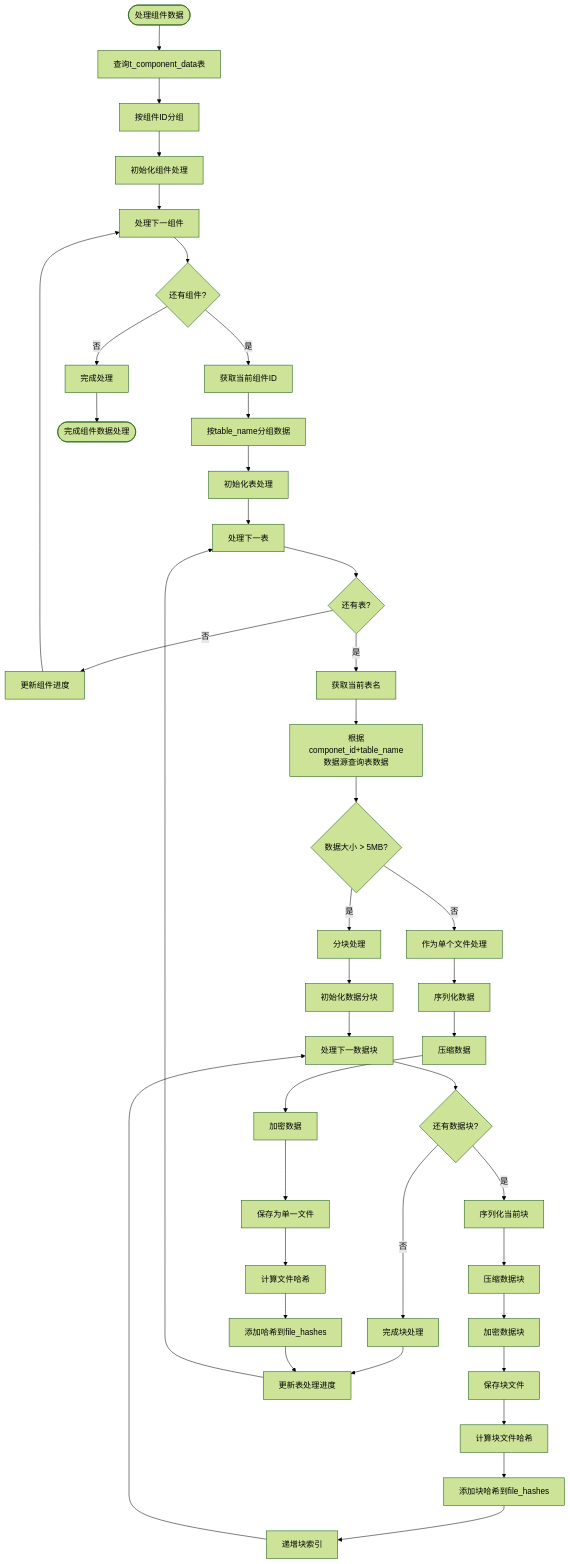
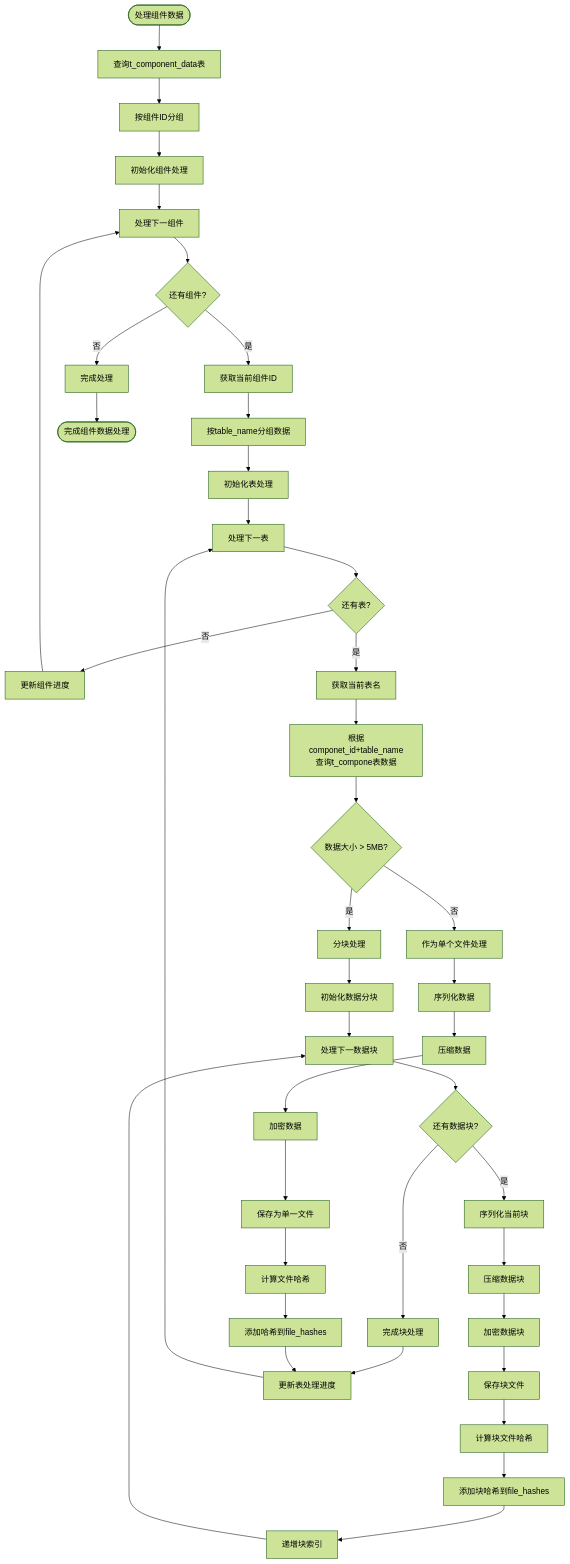
Before and after one commit to yingjianzh/iodraw-files: the diagram in all/未命名-53.md, drawn with Mermaid (forest theme).

Commit message:
2025-05-09 15:43:32 update

````diff
--- a/all/未命名-53.md
+++ b/all/未命名-53.md
@@ -1,59 +1,59 @@
 ```mermaid
 
 flowchart TD
     Start([处理组件数据]) --> QueryDB[查询t_component_data表]
     QueryDB --> GroupByComp[按组件ID分组]
     GroupByComp --> InitCompProcess[初始化组件处理]
     
     InitCompProcess --> ProcessNextComp[处理下一组件]
     ProcessNextComp --> MoreComps{还有组件?}
     MoreComps -->|否| CompleteProcess[完成处理]
     MoreComps -->|是| GetCompID[获取当前组件ID]
     
     GetCompID --> GroupByTable[按table_name分组数据]
     GroupByTable --> InitTableProcess[初始化表处理]
     
     InitTableProcess --> ProcessNextTable[处理下一表]
     ProcessNextTable --> MoreTables{还有表?}
     MoreTables -->|否| UpdateCompProgress[更新组件进度]
     MoreTables -->|是| GetTableName[获取当前表名]
     
     UpdateCompProgress --> ProcessNextComp
     
-    GetTableName --> QueryTableData[根据componet_id+table_name数据源查询表数据]
+    GetTableName --> QueryTableData[根据componet_id+table_name查询t_compone表数据]
     QueryTableData --> DataSize{数据大小 > 5MB?}
     
     DataSize -->|否| ProcessSingleFile[作为单个文件处理]
     DataSize -->|是| ProcessMultipleChunks[分块处理]
     
     ProcessSingleFile --> SerializeData[序列化数据]
     SerializeData --> CompressData[压缩数据]
     CompressData --> EncryptData[加密数据]
     EncryptData --> SaveSingleFile[保存为单一文件]
     SaveSingleFile --> CalcFileHash[计算文件哈希]
     CalcFileHash --> AddToFileHashes[添加哈希到file_hashes]
     
 
 
     ProcessMultipleChunks --> InitChunks[初始化数据分块]
     InitChunks --> ProcessNextChunk[处理下一数据块]
     
     ProcessNextChunk --> MoreChunks{还有数据块?}
     MoreChunks -->|否| CompleteChunks[完成块处理]
     MoreChunks -->|是| SerializeChunk[序列化当前块]
     
     SerializeChunk --> CompressChunk[压缩数据块]
     CompressChunk --> EncryptChunk[加密数据块]
     EncryptChunk --> SaveChunkFile[保存块文件]
     SaveChunkFile --> CalcChunkHash[计算块文件哈希]
     CalcChunkHash --> AddChunkHash[添加块哈希到file_hashes]
     AddChunkHash --> IncrementChunkIndex[递增块索引]
     IncrementChunkIndex --> ProcessNextChunk
     
     CompleteChunks --> UpdateTableProgress[更新表处理进度]
     AddToFileHashes --> UpdateTableProgress
     UpdateTableProgress --> ProcessNextTable
     
     CompleteProcess --> End([完成组件数据处理])
 
 ```
````
